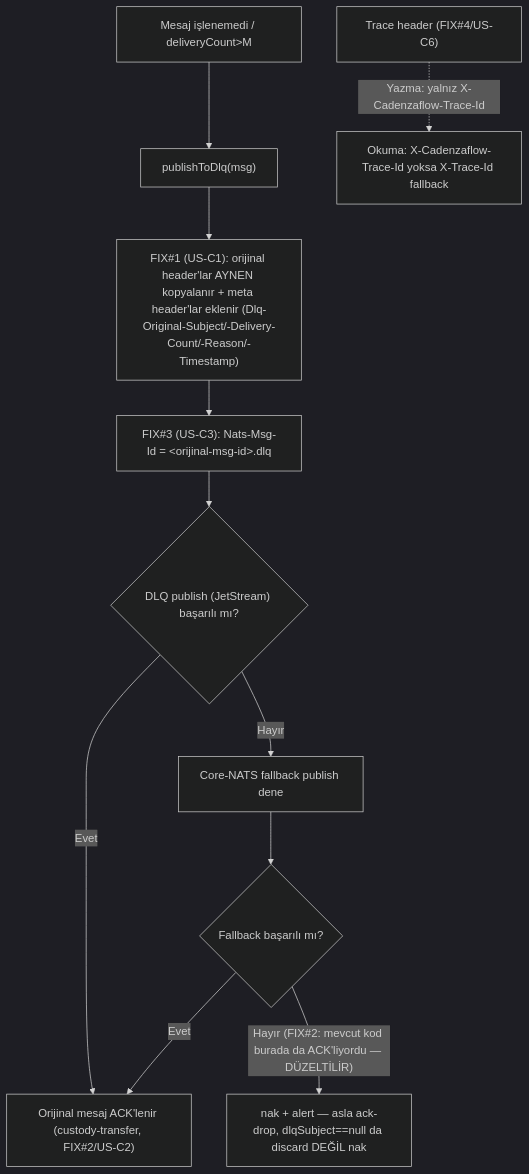
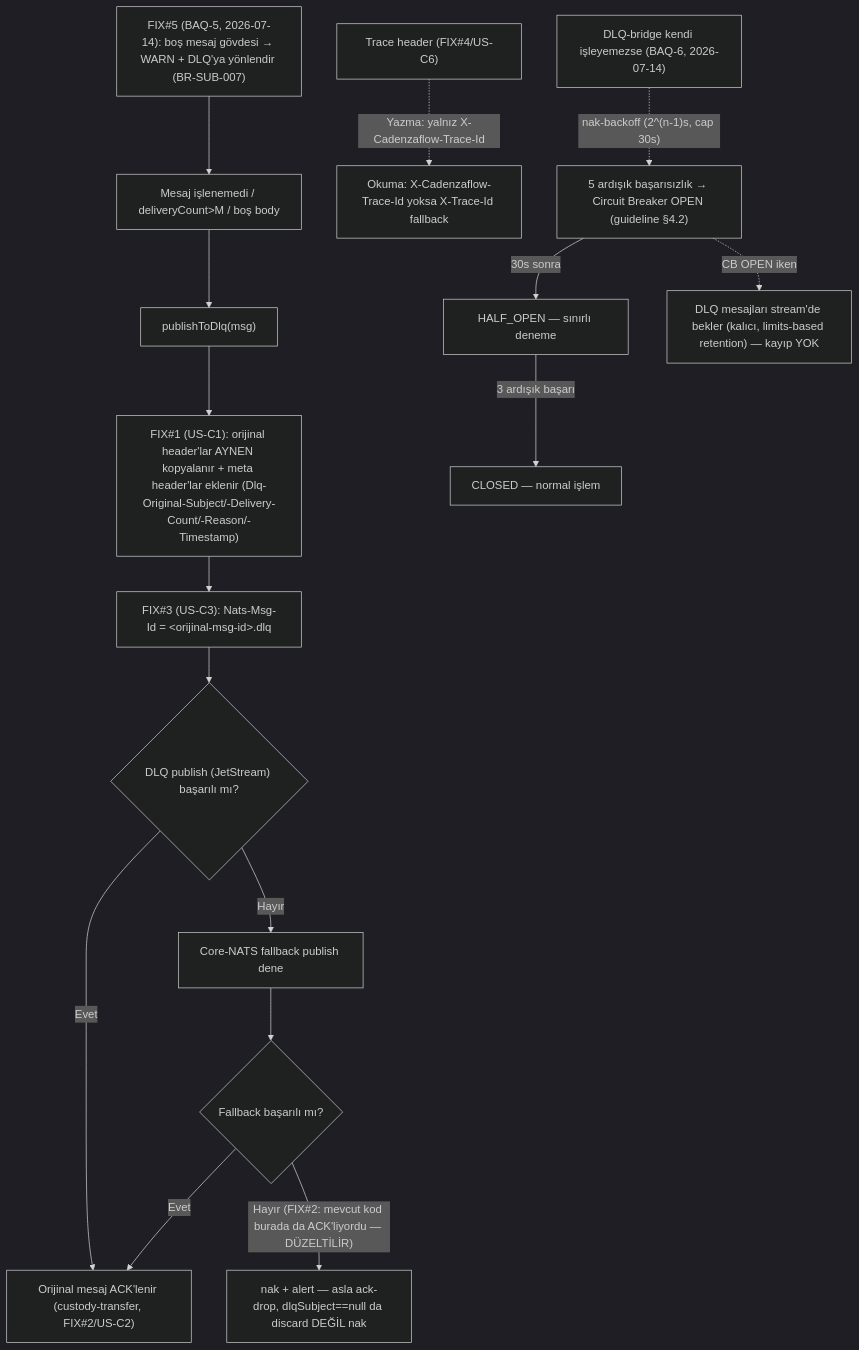
The sixth of 9 diagrams in docs/sentinel/phase2/BUSINESS_LOGIC.md (3eAI-Labs/nats-bpm-channels), drawn with Mermaid (dark theme) before and after one commit. The commit also changed other lines of this file and 3 other files, not shown here.

````diff
--- a/docs/sentinel/phase2/BUSINESS_LOGIC.md
+++ b/docs/sentinel/phase2/BUSINESS_LOGIC.md
@@ -127,13 +125,18 @@
 ```mermaid
 flowchart TD
-    A["Mesaj işlenemedi / deliveryCount&gt;M"] --> B["publishToDlq(msg)"]
+    Z["FIX#5 (BAQ-5, 2026-07-14): boş mesaj gövdesi → WARN + DLQ'ya yönlendir (BR-SUB-007)"] --> A
+    A["Mesaj işlenemedi / deliveryCount&gt;M / boş body"] --> B["publishToDlq(msg)"]
     B --> C["FIX#1 (US-C1): orijinal header'lar AYNEN kopyalanır + meta header'lar eklenir (Dlq-Original-Subject/-Delivery-Count/-Reason/-Timestamp)"]
     C --> D["FIX#3 (US-C3): Nats-Msg-Id = &lt;orijinal-msg-id&gt;.dlq"]
     D --> E{"DLQ publish (JetStream) başarılı mı?"}
     E -->|Evet| F["Orijinal mesaj ACK'lenir (custody-transfer, FIX#2/US-C2)"]
     E -->|Hayır| G["Core-NATS fallback publish dene"]
     G --> H{"Fallback başarılı mı?"}
     H -->|Evet| F
     H -->|"Hayır (FIX#2: mevcut kod burada da ACK'liyordu — DÜZELTİLİR)"| I["nak + alert — asla ack-drop, dlqSubject==null da discard DEĞİL nak"]
     J["Trace header (FIX#4/US-C6)"] -.->|"Yazma: yalnız X-Cadenzaflow-Trace-Id"| K["Okuma: X-Cadenzaflow-Trace-Id yoksa X-Trace-Id fallback"]
+    L["DLQ-bridge kendi işleyemezse (BAQ-6, 2026-07-14)"] -.->|"nak-backoff (2^(n-1)s, cap 30s)"| M["5 ardışık başarısızlık → Circuit Breaker OPEN (guideline §4.2)"]
+    M -->|"30s sonra"| N["HALF_OPEN — sınırlı deneme"]
+    N -->|"3 ardışık başarı"| O["CLOSED — normal işlem"]
+    M -.->|"CB OPEN iken"| P["DLQ mesajları stream'de bekler (kalıcı, limits-based retention) — kayıp YOK"]
 ```
````
